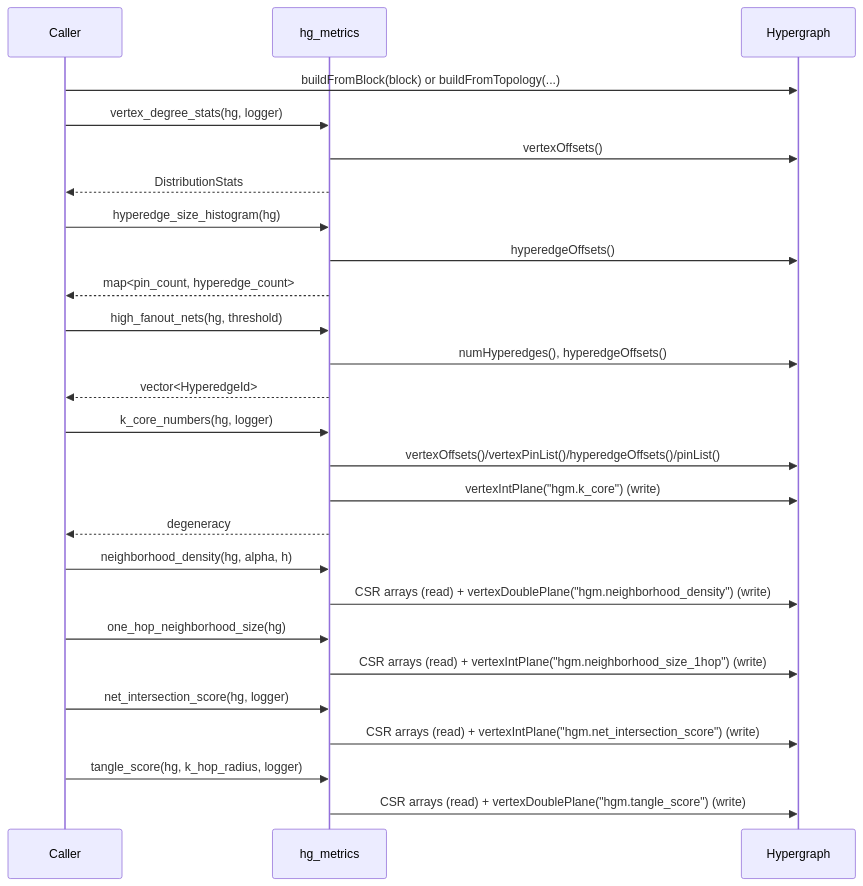
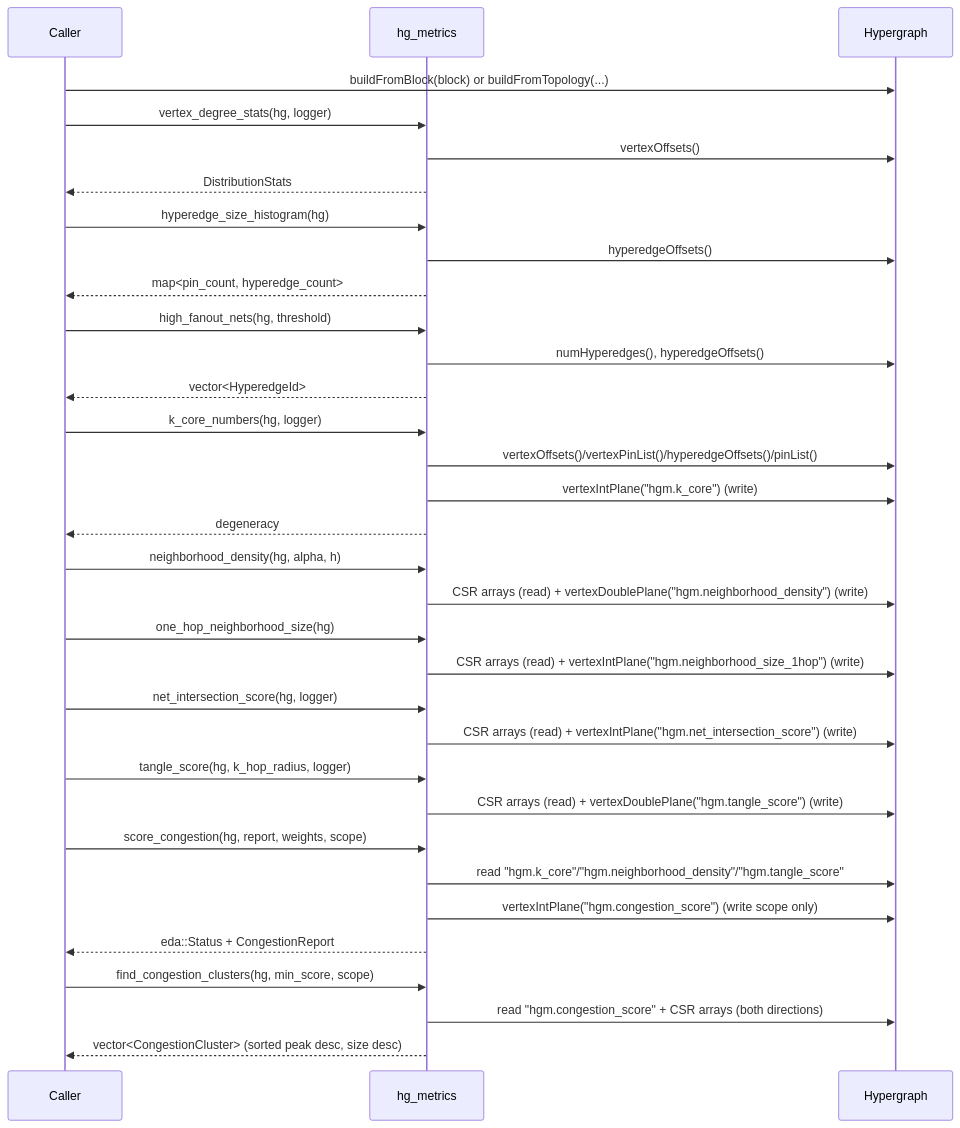
Diagram 15 of 15 in src/hg_metrics/FLOW.md (rfive88/eda-lab), drawn with Mermaid before and after one commit. The commit also changed other lines of this file and 6 other files, not shown here.

First line of the commit message:
hg_metrics: C5 composite congestion scoring + subclusters

````diff
--- a/src/hg_metrics/FLOW.md
+++ b/src/hg_metrics/FLOW.md
@@ -299,29 +399,36 @@
 ```mermaid
 sequenceDiagram
     participant Caller
     participant hg_metrics
     participant Hypergraph
 
     Caller->>Hypergraph: buildFromBlock(block) or buildFromTopology(...)
     Caller->>hg_metrics: vertex_degree_stats(hg, logger)
     hg_metrics->>Hypergraph: vertexOffsets()
     hg_metrics-->>Caller: DistributionStats
     Caller->>hg_metrics: hyperedge_size_histogram(hg)
     hg_metrics->>Hypergraph: hyperedgeOffsets()
     hg_metrics-->>Caller: map<pin_count, hyperedge_count>
     Caller->>hg_metrics: high_fanout_nets(hg, threshold)
     hg_metrics->>Hypergraph: numHyperedges(), hyperedgeOffsets()
     hg_metrics-->>Caller: vector<HyperedgeId>
     Caller->>hg_metrics: k_core_numbers(hg, logger)
     hg_metrics->>Hypergraph: vertexOffsets()/vertexPinList()/hyperedgeOffsets()/pinList()
     hg_metrics->>Hypergraph: vertexIntPlane("hgm.k_core") (write)
     hg_metrics-->>Caller: degeneracy
     Caller->>hg_metrics: neighborhood_density(hg, alpha, h)
     hg_metrics->>Hypergraph: CSR arrays (read) + vertexDoublePlane("hgm.neighborhood_density") (write)
     Caller->>hg_metrics: one_hop_neighborhood_size(hg)
     hg_metrics->>Hypergraph: CSR arrays (read) + vertexIntPlane("hgm.neighborhood_size_1hop") (write)
     Caller->>hg_metrics: net_intersection_score(hg, logger)
     hg_metrics->>Hypergraph: CSR arrays (read) + vertexIntPlane("hgm.net_intersection_score") (write)
     Caller->>hg_metrics: tangle_score(hg, k_hop_radius, logger)
     hg_metrics->>Hypergraph: CSR arrays (read) + vertexDoublePlane("hgm.tangle_score") (write)
+    Caller->>hg_metrics: score_congestion(hg, report, weights, scope)
+    hg_metrics->>Hypergraph: read "hgm.k_core"/"hgm.neighborhood_density"/"hgm.tangle_score"
+    hg_metrics->>Hypergraph: vertexIntPlane("hgm.congestion_score") (write scope only)
+    hg_metrics-->>Caller: eda::Status + CongestionReport
+    Caller->>hg_metrics: find_congestion_clusters(hg, min_score, scope)
+    hg_metrics->>Hypergraph: read "hgm.congestion_score" + CSR arrays (both directions)
+    hg_metrics-->>Caller: vector<CongestionCluster> (sorted peak desc, size desc)
 ```
````
